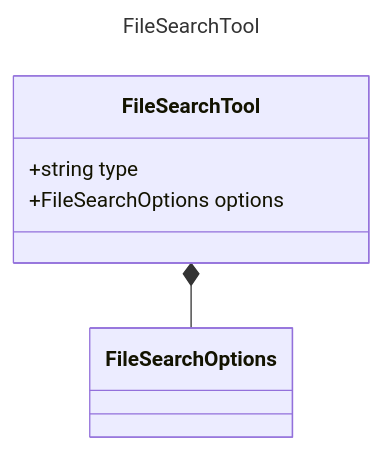
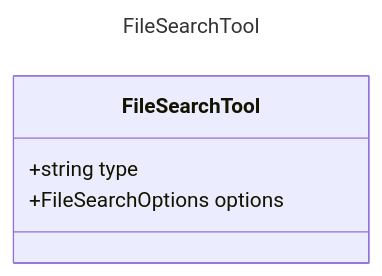
The diagram in specification/prompty/docs/FileSearchTool.md (microsoft/prompty), drawn with Mermaid before and after one commit. The commit also changed 22 other files, not shown here.

Commit message:
corrected class diagrams

````diff
--- a/specification/prompty/docs/FileSearchTool.md
+++ b/specification/prompty/docs/FileSearchTool.md
@@ -8,11 +8,10 @@
 ```mermaid
 ---
 title: FileSearchTool
 ---
 classDiagram
     class FileSearchTool {
         +string type
         +FileSearchOptions options
     }
-    FileSearchTool *-- FileSearchOptions
 ```
````
